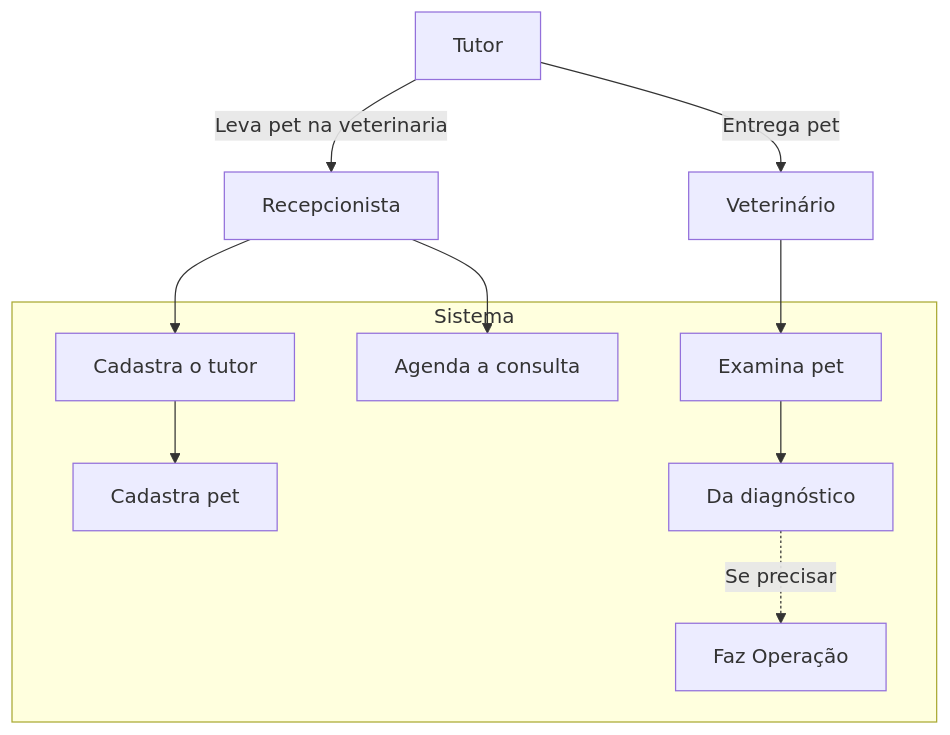
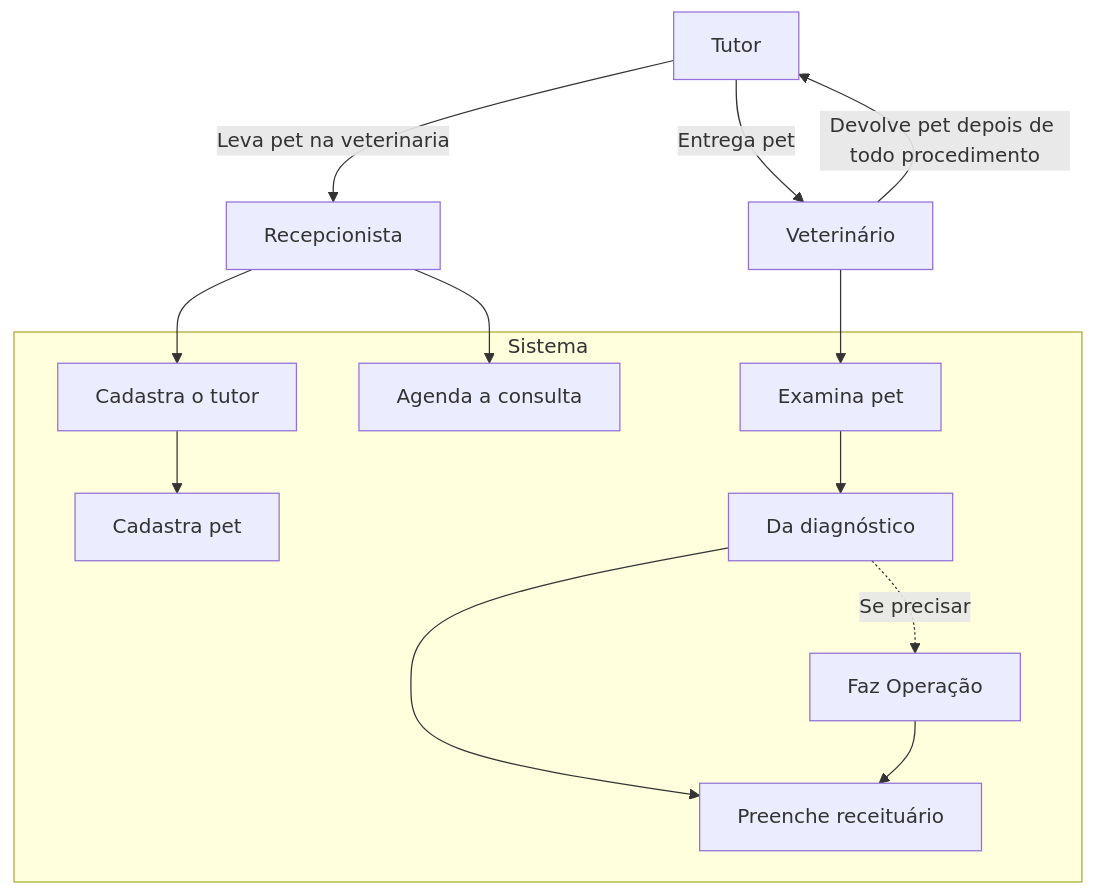
The first of 2 diagrams in README.md (triggerww/clinica-veterinaria), drawn with Mermaid before and after one commit.

Commit message:
Revise use case diagram in README.md
Updated use case diagram to replace 'cliente' with 'tutor' and added relationships for 'cadtutor' and 'receituario'.

````diff
--- a/README.md
+++ b/README.md
@@ -10,23 +10,25 @@
 ```mermaid
 flowchart TD
-    cliente["Tutor"]
+    tutor["Tutor"]
     recepcionista["Recepcionista "]
     vet["Veterinário"]
 
     %% Ações
     subgraph Sistema
         pet["Cadastra pet"]
-        tutor["Cadastra o tutor"]
+        cadtutor["Cadastra o tutor"]
         consulta["Agenda a consulta"]
         examina["Examina pet"]
         diagnostico["Da diagnóstico"]
         opera["Faz Operação"]
+        receituario["Preenche receituário"]
     end
 
     %% Relacionamentos
-    cliente -- "Leva pet na veterinaria" --> recepcionista --> tutor --> pet
+    tutor -- "Leva pet na veterinaria" --> recepcionista --> cadtutor --> pet
     recepcionista --> consulta
 
-    cliente -- "Entrega pet" --> vet --> examina --> diagnostico 
-    diagnostico -. "Se precisar" .-> opera 
+    tutor -- "Entrega pet" --> vet --> examina --> diagnostico --> receituario
+    diagnostico -. "Se precisar" .-> opera  --> receituario 
+    vet -- "Devolve pet depois de todo procedimento" --> tutor
 ```
````
